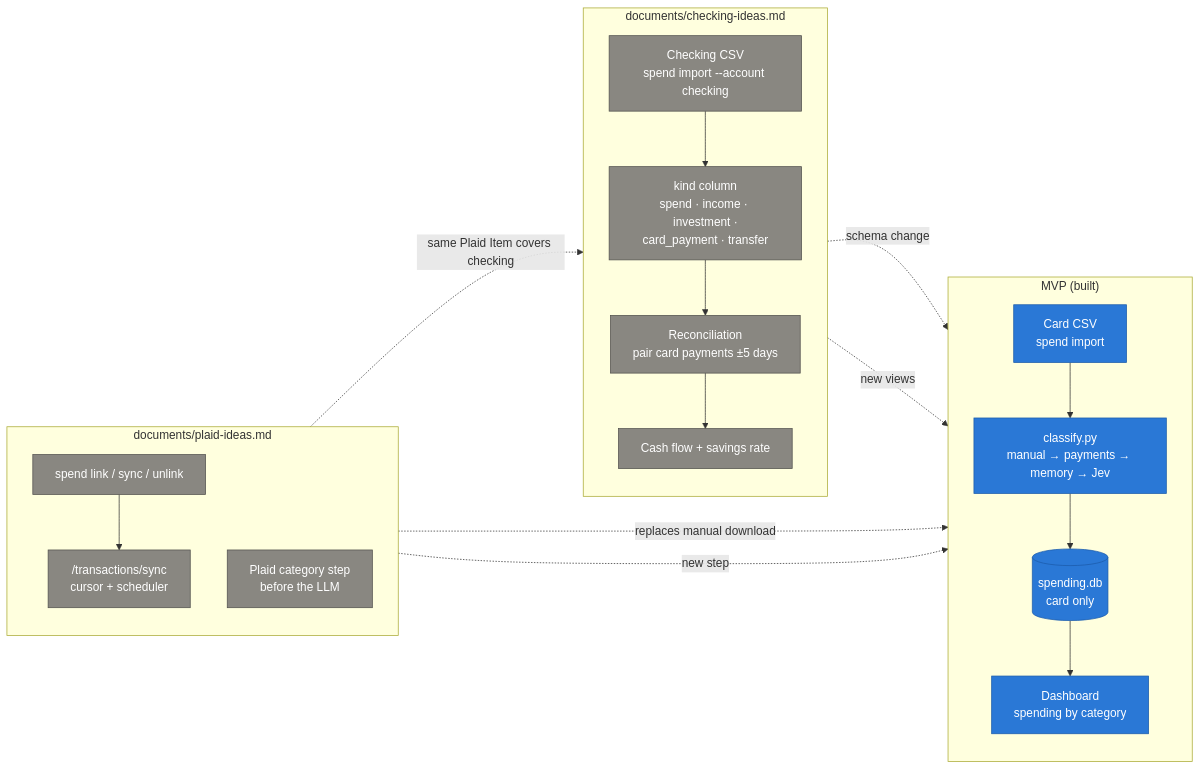
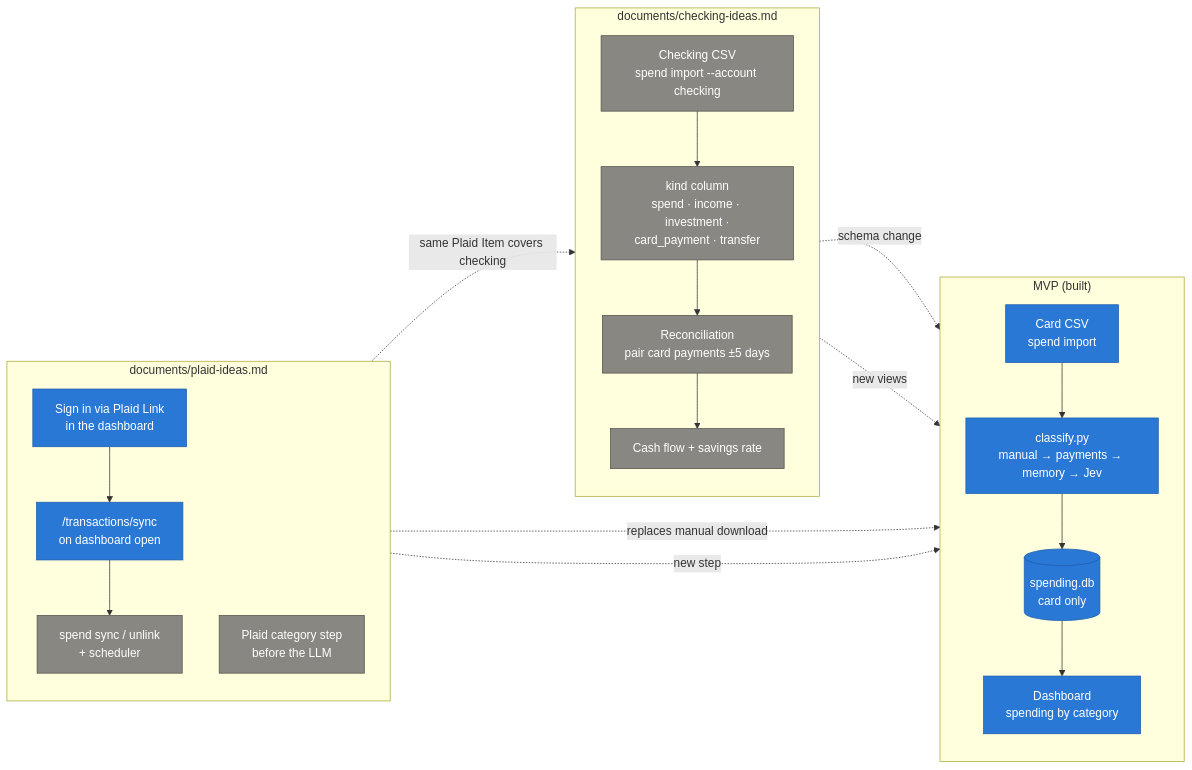
Before and after one commit to alessandrofelici/spending-tracker: the fifth of 6 diagrams in STRUCTURE.md, drawn with Mermaid. The commit also changed other lines of this file and 21 other files, not shown here.

First line of the commit message:
feat: sync bank transactions through Plaid when the dashboard opens (#20)

````diff
--- a/STRUCTURE.md
+++ b/STRUCTURE.md
@@ -177,37 +211,39 @@
 ```mermaid
 flowchart LR
     classDef mvp fill:#2a78d6,color:#fff,stroke:#1c5cab
     classDef plan fill:#898781,color:#fff,stroke:#52514e
 
     subgraph MVP["MVP (built)"]
         direction TB
         m1["Card CSV<br/>spend import"]:::mvp
         m2["classify.py<br/>manual → payments → memory → Jev"]:::mvp
         m3[("spending.db<br/>card only")]:::mvp
         m4["Dashboard<br/>spending by category"]:::mvp
         m1 --> m2 --> m3 --> m4
     end
 
     subgraph PLAID["documents/plaid-ideas.md"]
         direction TB
-        p1["spend link / sync / unlink"]:::plan
-        p2["/transactions/sync<br/>cursor + scheduler"]:::plan
+        p1["Sign in via Plaid Link<br/>in the dashboard"]:::mvp
+        p2["/transactions/sync<br/>on dashboard open"]:::mvp
         p3["Plaid category step<br/>before the LLM"]:::plan
+        p4["spend sync / unlink<br/>+ scheduler"]:::plan
         p1 --> p2
+        p2 --> p4
     end
 
     subgraph CHK["documents/checking-ideas.md"]
         direction TB
         c1["Checking CSV<br/>spend import --account checking"]:::plan
         c2["kind column<br/>spend · income · investment ·<br/>card_payment · transfer"]:::plan
         c3["Reconciliation<br/>pair card payments ±5 days"]:::plan
         c4["Cash flow + savings rate"]:::plan
         c1 --> c2 --> c3 --> c4
     end
 
     p2 -. "replaces manual download" .-> m1
     p3 -. "new step" .-> m2
     p2 -. "same Plaid Item covers checking" .-> c1
     c2 -. "schema change" .-> m3
     c4 -. "new views" .-> m4
 ```
````
